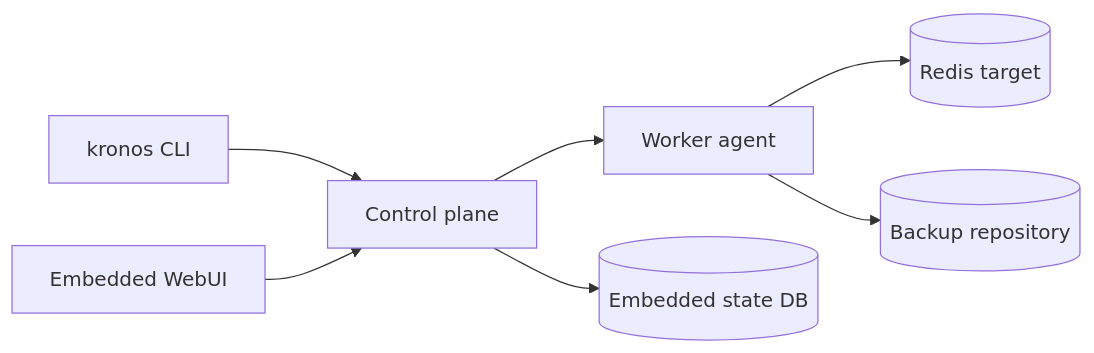
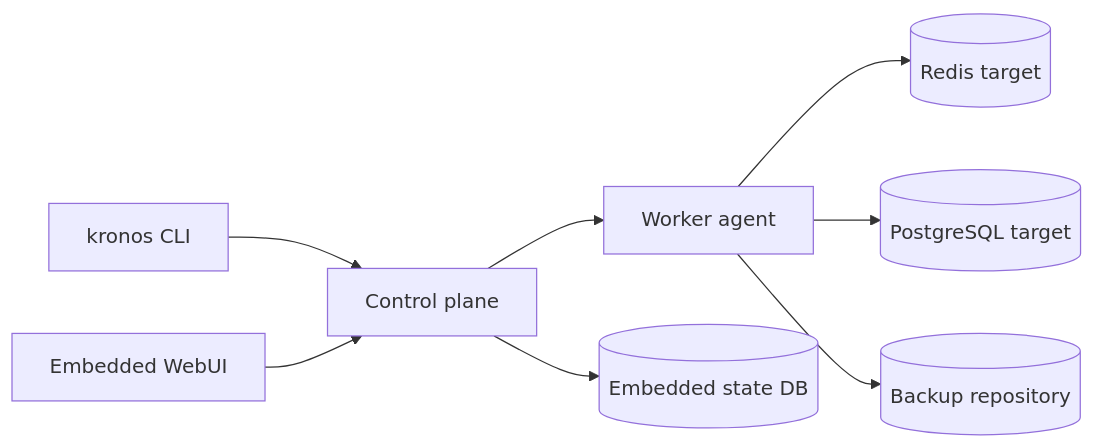
One commit to ersinkoc/Kronos changed the first of 2 diagrams in docs/status.md. Above: the diagram before and after it, drawn with Mermaid. The commit also changed other lines of this file and 5 other files, not shown here.

````diff
--- a/docs/status.md
+++ b/docs/status.md
@@ -13,17 +13,19 @@
 ```mermaid
 flowchart LR
     CLI[kronos CLI]
     WebUI[Embedded WebUI]
     Server[Control plane]
     Agent[Worker agent]
     KV[(Embedded state DB)]
     Repo[(Backup repository)]
     Redis[(Redis target)]
+    Postgres[(PostgreSQL target)]
 
     CLI --> Server
     WebUI --> Server
     Server --> KV
     Server --> Agent
     Agent --> Redis
+    Agent --> Postgres
     Agent --> Repo
 ```
````
